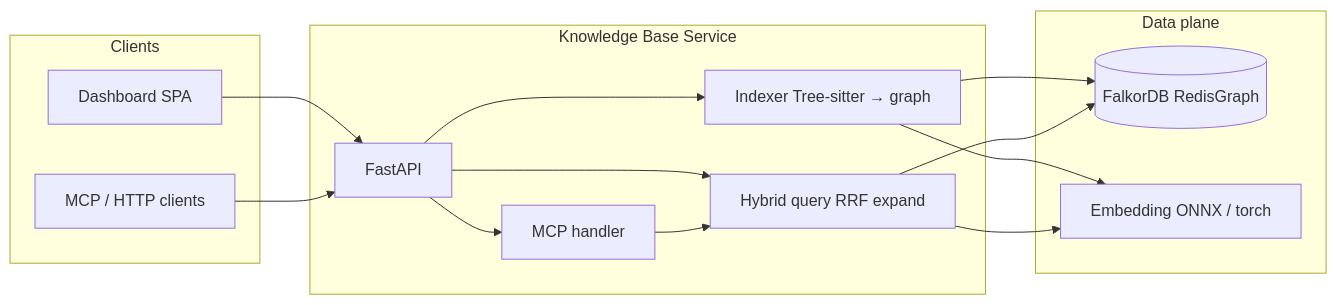
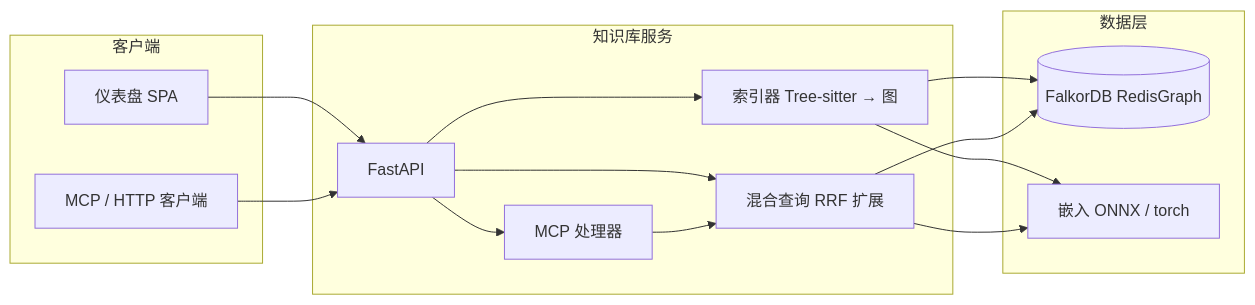
One commit to EarthChen/knowledge-base-service changed the diagram in README.md. Above: the diagram before and after it, drawn with Mermaid. The commit also changed other lines of this file and 7 other files, not shown here.

````diff
--- a/README.md
+++ b/README.md
@@ -17,30 +17,30 @@
 ```mermaid
 flowchart LR
-  subgraph clients [Clients]
-    UI[Dashboard SPA]
-    Agents[MCP / HTTP clients]
+  subgraph clients [客户端]
+    UI[仪表盘 SPA]
+    Agents[MCP / HTTP 客户端]
   end
 
-  subgraph kb [Knowledge Base Service]
+  subgraph kb [知识库服务]
     API[FastAPI]
-    IDX[Indexer Tree-sitter → graph]
-    HYB[Hybrid query RRF expand]
-    MCP[MCP handler]
+    IDX[索引器 Tree-sitter → 图]
+    HYB[混合查询 RRF 扩展]
+    MCP[MCP 处理器]
   end
 
-  subgraph data [Data plane]
+  subgraph data [数据层]
     FK[(FalkorDB RedisGraph)]
-    EMB[Embedding ONNX / torch]
+    EMB[嵌入 ONNX / torch]
   end
 
   UI --> API
   Agents --> API
   API --> IDX
   API --> HYB
   API --> MCP
   IDX --> FK
   IDX --> EMB
   HYB --> FK
   HYB --> EMB
   MCP --> HYB
 ```
````
